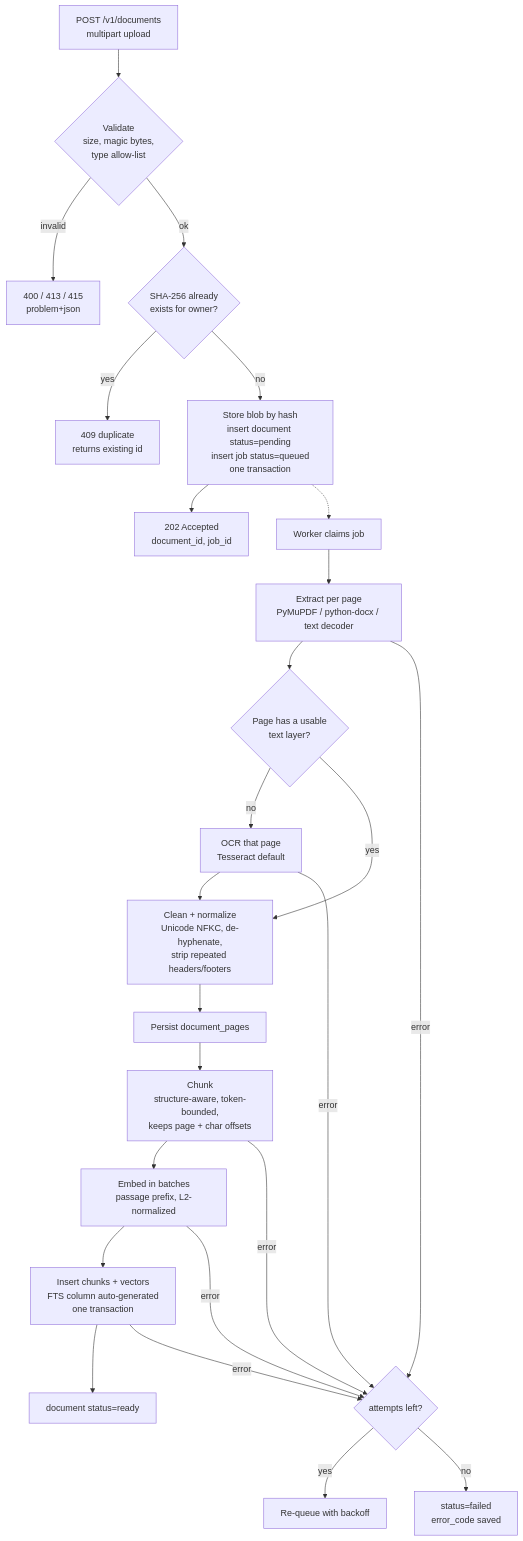
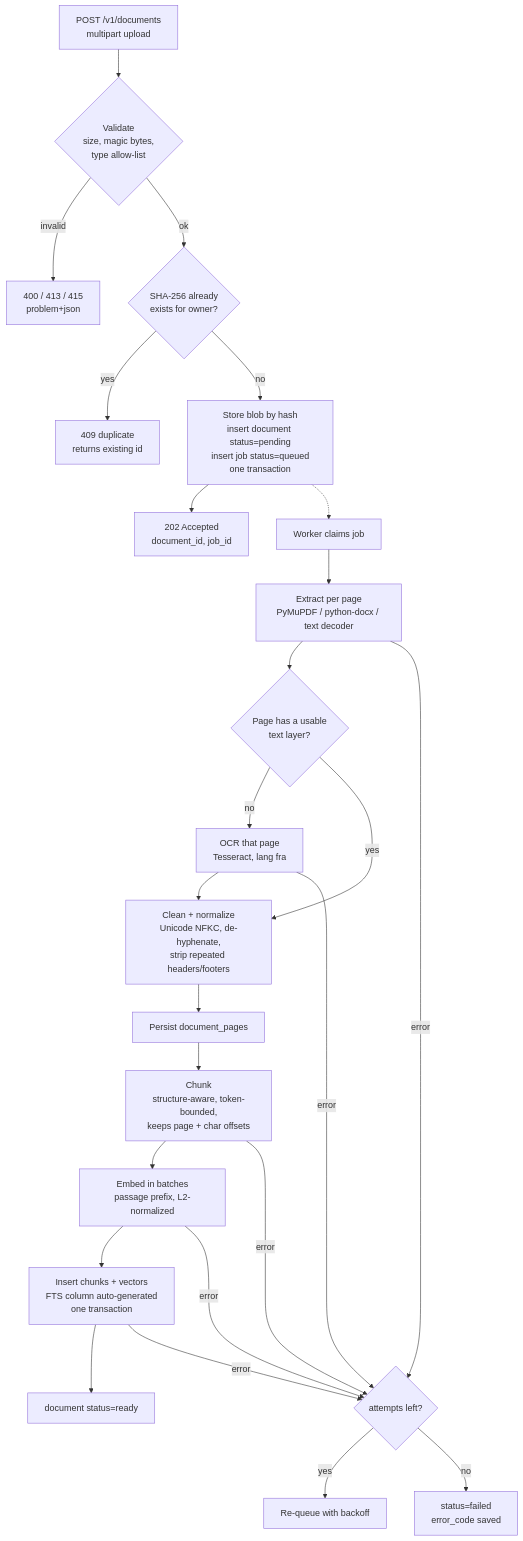
The second of 3 diagrams in docs/architecture.md (saad-7-2020/DocuMind-AI), drawn with Mermaid before and after one commit. The commit also changed other lines of this file and 1 other file, not shown here.

Commit message:
Architecture rev. 2: French-first, Groq LLM, local GPU

````diff
--- a/docs/architecture.md
+++ b/docs/architecture.md
@@ -157,24 +166,24 @@
 ```mermaid
 flowchart TD
     A[POST /v1/documents<br/>multipart upload] --> B{Validate<br/>size, magic bytes,<br/>type allow-list}
     B -- invalid --> X1[400 / 413 / 415<br/>problem+json]
     B -- ok --> C{SHA-256 already<br/>exists for owner?}
     C -- yes --> X2[409 duplicate<br/>returns existing id]
     C -- no --> D[Store blob by hash<br/>insert document status=pending<br/>insert job status=queued<br/>one transaction]
     D --> E[202 Accepted<br/>document_id, job_id]
 
     D -.-> W[Worker claims job]
     W --> F[Extract per page<br/>PyMuPDF / python-docx / text decoder]
     F --> G{Page has a usable<br/>text layer?}
-    G -- no --> H[OCR that page<br/>Tesseract default]
+    G -- no --> H[OCR that page<br/>Tesseract, lang fra]
     G -- yes --> I
     H --> I[Clean + normalize<br/>Unicode NFKC, de-hyphenate,<br/>strip repeated headers/footers]
     I --> J[Persist document_pages]
     J --> K[Chunk<br/>structure-aware, token-bounded,<br/>keeps page + char offsets]
     K --> L[Embed in batches<br/>passage prefix, L2-normalized]
     L --> M[Insert chunks + vectors<br/>FTS column auto-generated<br/>one transaction]
     M --> N[document status=ready]
     F & H & K & L & M -- error --> R{attempts left?}
     R -- yes --> S[Re-queue with backoff]
     R -- no --> T[status=failed<br/>error_code saved]
 ```
````
